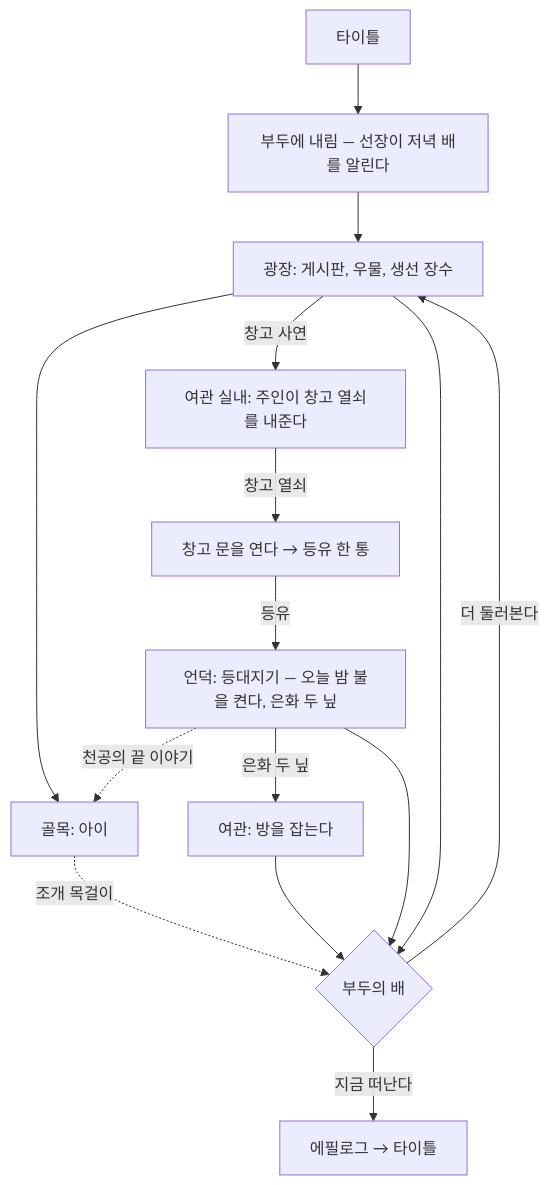
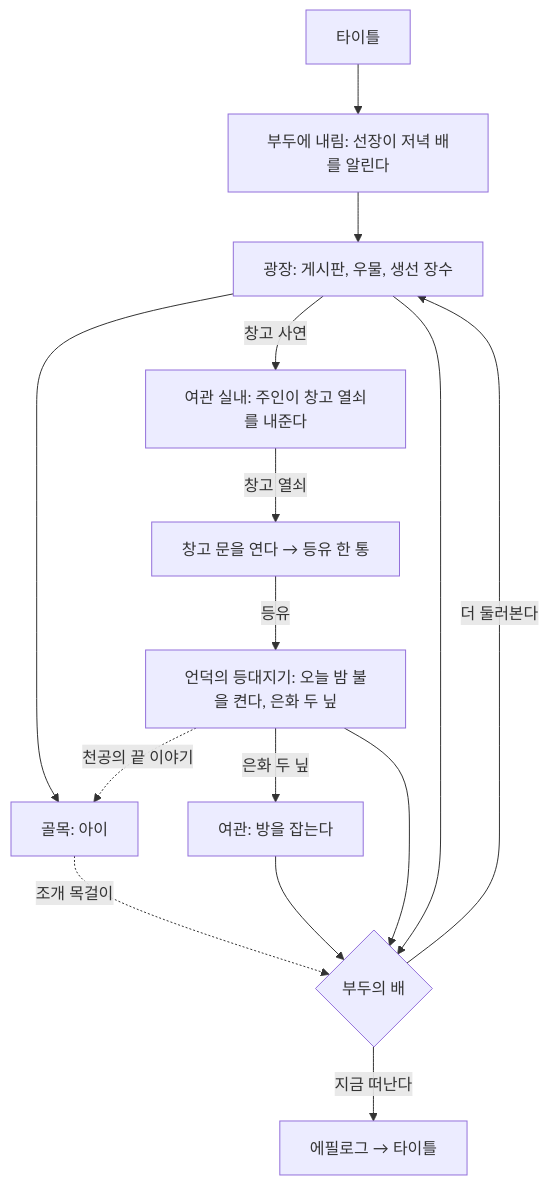
One commit to biud436/Initial2D changed the diagram in docs/design/port-town.md. Above: the diagram before and after it, drawn with Mermaid. The commit also changed other lines of this file and 10 other files, not shown here.

````diff
--- a/docs/design/port-town.md
+++ b/docs/design/port-town.md
@@ -44,17 +44,17 @@
 ```mermaid
 graph TD
-    T[타이틀] --> A[부두에 내림 — 선장이 저녁 배를 알린다]
+    T[타이틀] --> A[부두에 내림: 선장이 저녁 배를 알린다]
     A --> B[광장: 게시판, 우물, 생선 장수]
     B -->|창고 사연| C[여관 실내: 주인이 창고 열쇠를 내준다]
     C -->|창고 열쇠| W[창고 문을 연다 → 등유 한 통]
-    W -->|등유| E[언덕: 등대지기 — 오늘 밤 불을 켠다, 은화 두 닢]
+    W -->|등유| E[언덕의 등대지기: 오늘 밤 불을 켠다, 은화 두 닢]
     E -->|은화 두 닢| R[여관: 방을 잡는다]
     B --> D[골목: 아이]
     E -.->|천공의 끝 이야기| D
     D -.->|조개 목걸이| F
     R --> F{부두의 배}
     E --> F
     B --> F
     F -->|지금 떠난다| G[에필로그 → 타이틀]
     F -->|더 둘러본다| B
 ```
````
